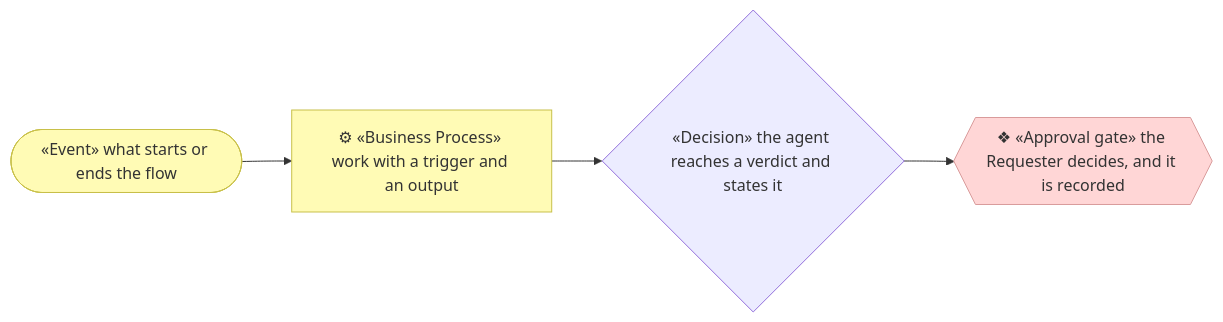
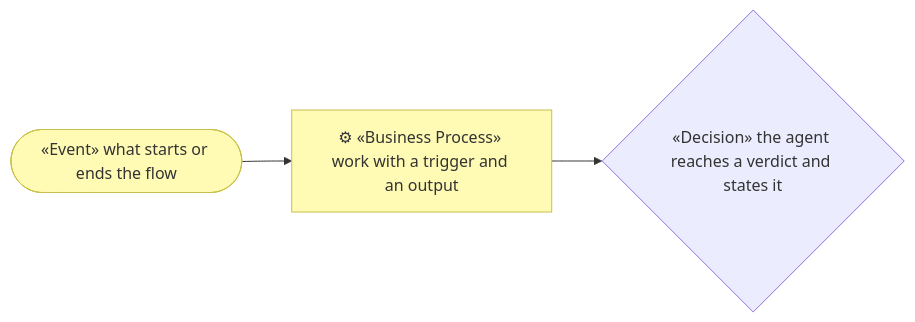
Before and after one commit to roanboc/archreator: the first of 2 diagrams in docs/process/README.md, drawn with Mermaid. The commit also changed other lines of this file and 49 other files, not shown here.

````diff
--- a/docs/process/README.md
+++ b/docs/process/README.md
@@ -36,14 +36,11 @@
 ```mermaid
 flowchart LR
   legend_proc["⚙ «Business Process» work with a trigger and an output"]
-  legend_gate{{"❖ «Approval gate» the Requester decides, and it is recorded"}}
   legend_dec{"«Decision» the agent reaches a verdict and states it"}
   legend_event(["«Event» what starts or ends the flow"])
 
-  legend_event --> legend_proc --> legend_dec --> legend_gate
+  legend_event --> legend_proc --> legend_dec
 
   classDef business fill:#fffbb5,stroke:#c8c04a,color:#333
-  classDef implementation fill:#ffd6d6,stroke:#d99b9b,color:#333
   class legend_proc,legend_event business
-  class legend_gate implementation
 ```
````
